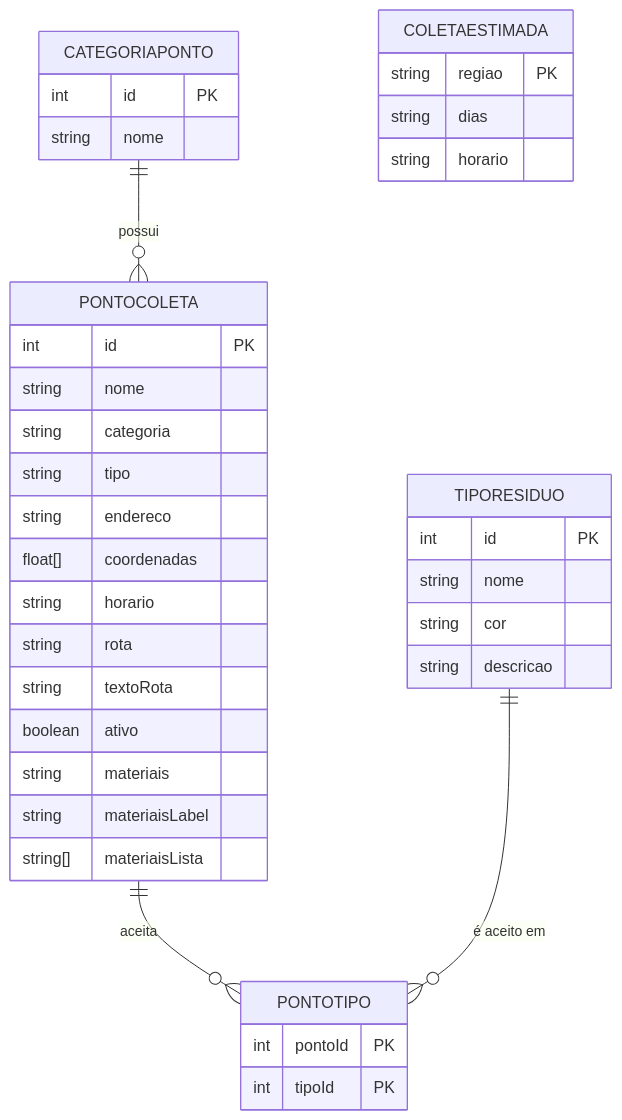
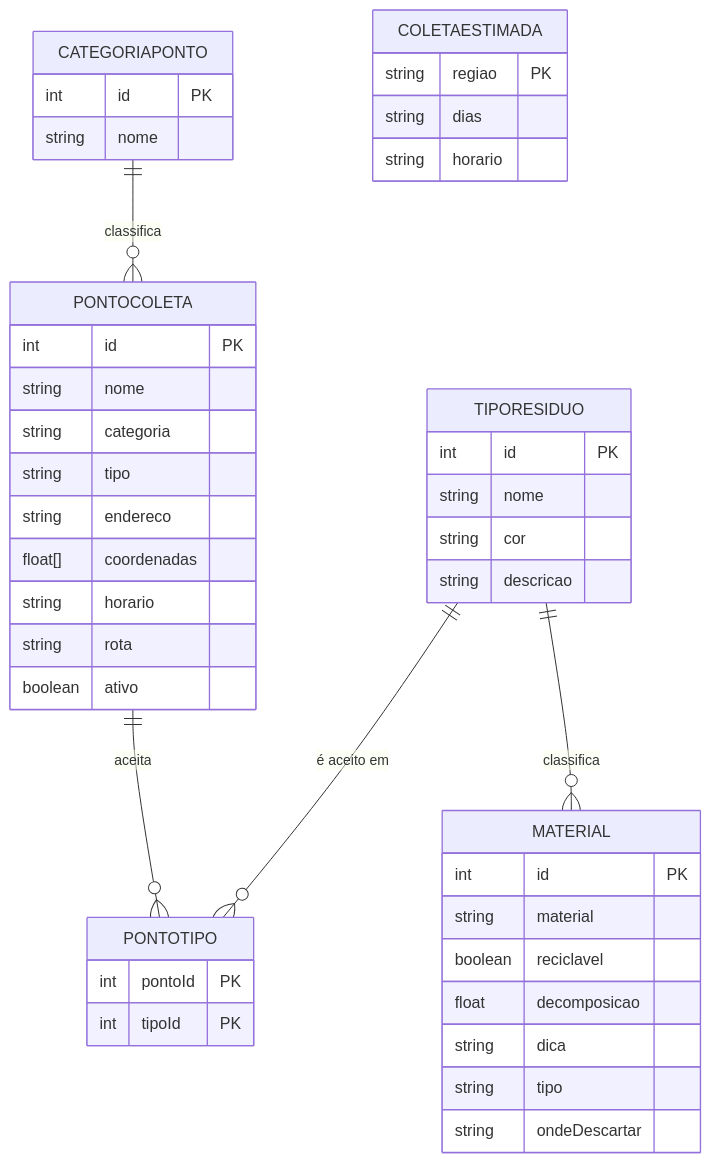
One commit to FatecZL-ADS-2026-2-NOITE/Prova-WizTech changed the diagram in Modelagem.md. Above: the diagram before and after it, drawn with Mermaid. The commit also changed other lines of this file and 1 other file, not shown here.

````diff
--- a/Modelagem.md
+++ b/Modelagem.md
@@ -98,41 +118,47 @@
 ```mermaid
 erDiagram
-    CATEGORIAPONTO ||--o{ PONTOCOLETA : "possui"
-    PONTOCOLETA ||--o{ PONTOTIPO : "aceita"
+    CATEGORIAPONTO ||--o{ PONTOCOLETA : classifica
+    TIPORESIDUO ||--o{ MATERIAL : classifica
+    PONTOCOLETA ||--o{ PONTOTIPO : aceita
     TIPORESIDUO ||--o{ PONTOTIPO : "é aceito em"
 
     CATEGORIAPONTO {
         int id PK
         string nome
     }
     PONTOCOLETA {
         int id PK
         string nome
         string categoria
         string tipo
         string endereco
         float[] coordenadas
         string horario
         string rota
-        string textoRota
         boolean ativo
-        string materiais
-        string materiaisLabel
-        string[] materiaisLista
     }
     TIPORESIDUO {
         int id PK
         string nome
         string cor
         string descricao
+    }
+    MATERIAL {
+        int id PK
+        string material
+        boolean reciclavel
+        float decomposicao
+        string dica
+        string tipo
+        string ondeDescartar
     }
     PONTOTIPO {
         int pontoId PK
         int tipoId PK
     }
     COLETAESTIMADA {
         string regiao PK
         string dias
         string horario
     }
 ```
````
